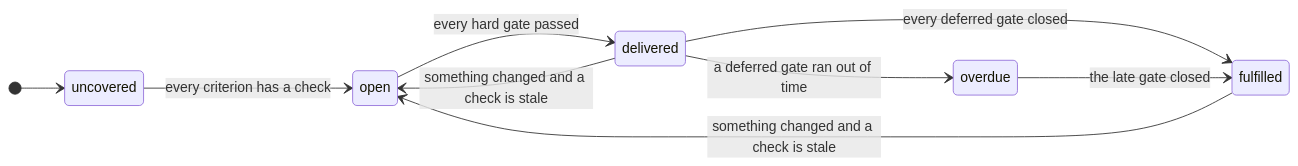
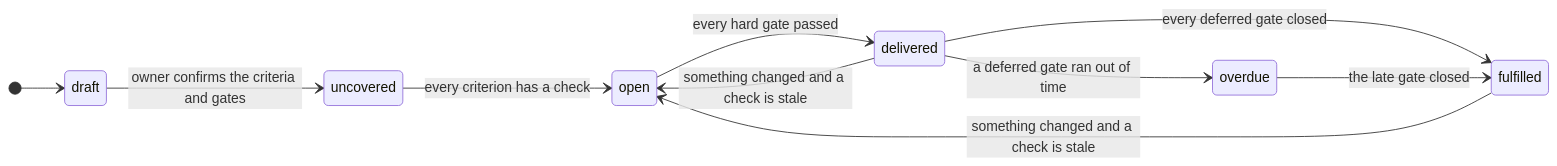
The third of 5 diagrams in README.md (sloik/dodona), drawn with Mermaid before and after one commit. The commit also changed other lines of this file and 12 other files, not shown here.

````diff
--- a/README.md
+++ b/README.md
@@ -73,12 +84,13 @@
 ```mermaid
 stateDiagram-v2
     direction LR
-    [*] --> uncovered
+    [*] --> draft
+    draft --> uncovered: owner confirms the criteria and gates
     uncovered --> open: every criterion has a check
     open --> delivered: every hard gate passed
     delivered --> fulfilled: every deferred gate closed
     delivered --> overdue: a deferred gate ran out of time
     overdue --> fulfilled: the late gate closed
     delivered --> open: something changed and a check is stale
     fulfilled --> open: something changed and a check is stale
 ```
````
